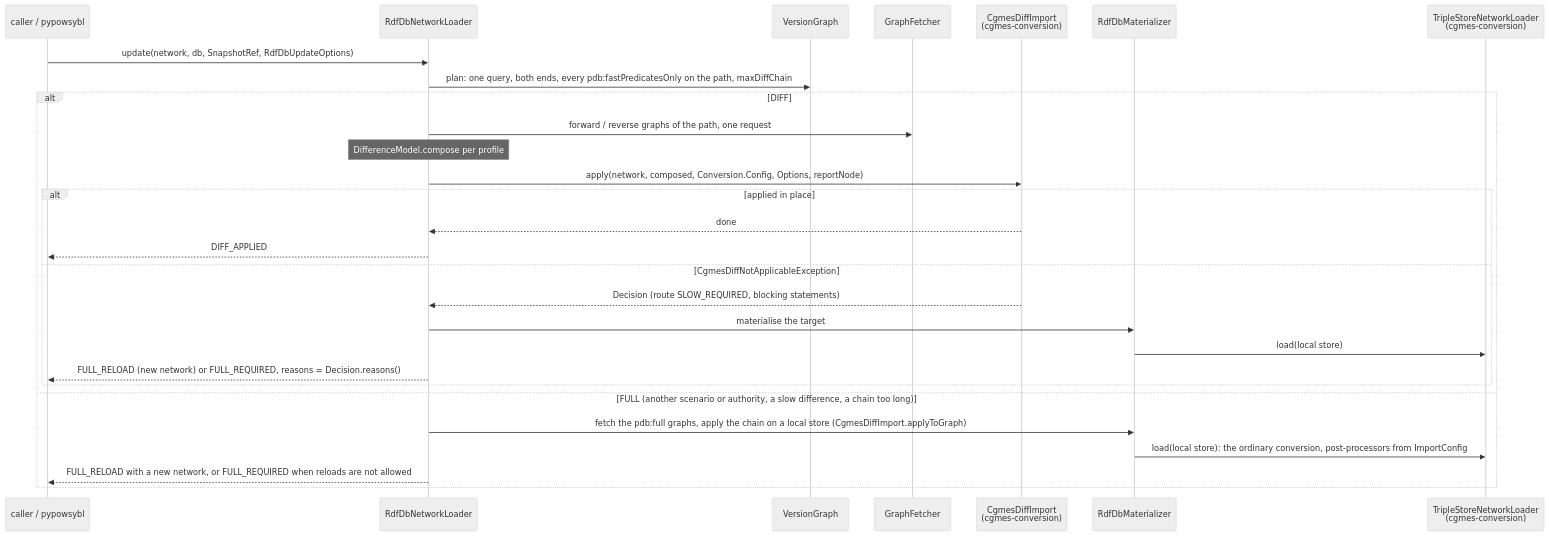
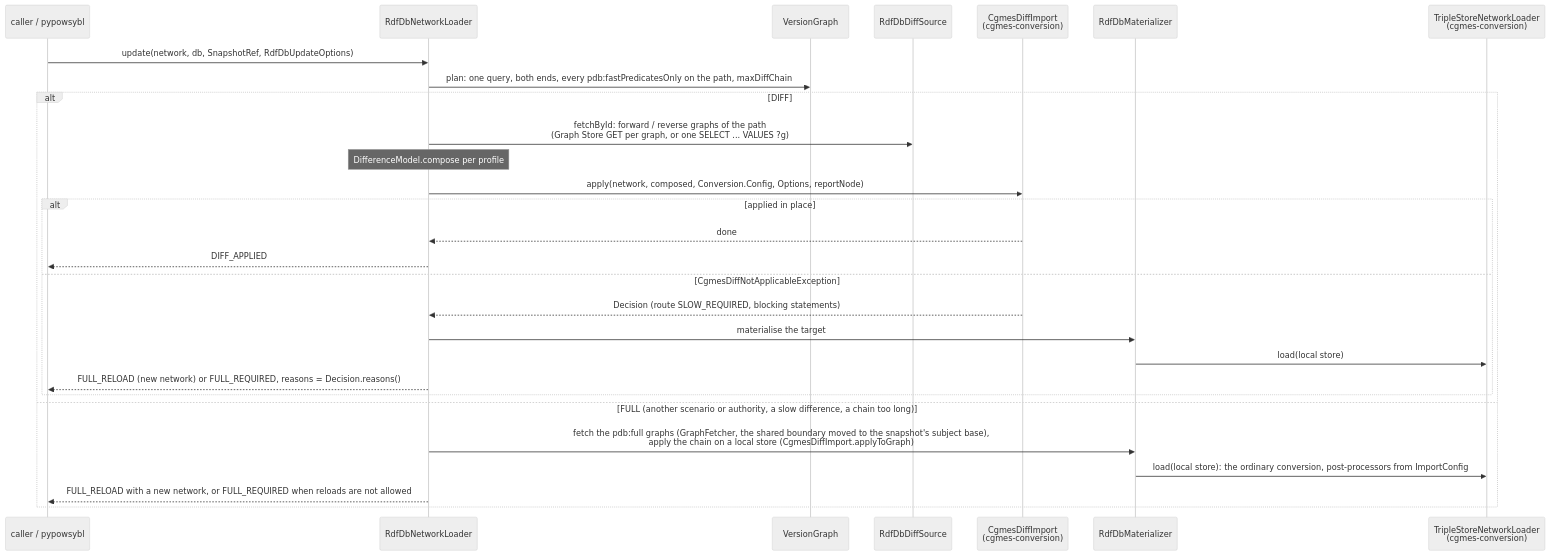
The third of 6 diagrams in docs/grid_exchange_formats/cgmes/rdf_database_integration.md (nicow-elia/powsybl-core), drawn with Mermaid (neutral theme) before and after one commit. The commit also changed other lines of this file and 3 other files, not shown here.

````diff
--- a/docs/grid_exchange_formats/cgmes/rdf_database_integration.md
+++ b/docs/grid_exchange_formats/cgmes/rdf_database_integration.md
@@ -81,30 +81,30 @@
 ```{mermaid}
 sequenceDiagram
     participant P as caller / pypowsybl
     participant L as RdfDbNetworkLoader
     participant V as VersionGraph
-    participant G as GraphFetcher
+    participant G as RdfDbDiffSource
     participant I as CgmesDiffImport<br/>(cgmes-conversion)
     participant M as RdfDbMaterializer
     participant T as TripleStoreNetworkLoader<br/>(cgmes-conversion)
     P->>L: update(network, db, SnapshotRef, RdfDbUpdateOptions)
     L->>V: plan: one query, both ends, every pdb:fastPredicatesOnly on the path, maxDiffChain
     alt DIFF
-        L->>G: forward / reverse graphs of the path, one request
+        L->>G: fetchById: forward / reverse graphs of the path<br/>(Graph Store GET per graph, or one SELECT ... VALUES ?g)
         Note over L: DifferenceModel.compose per profile
         L->>I: apply(network, composed, Conversion.Config, Options, reportNode)
         alt applied in place
             I-->>L: done
             L-->>P: DIFF_APPLIED
         else CgmesDiffNotApplicableException
             I-->>L: Decision (route SLOW_REQUIRED, blocking statements)
             L->>M: materialise the target
             M->>T: load(local store)
             L-->>P: FULL_RELOAD (new network) or FULL_REQUIRED, reasons = Decision.reasons()
         end
     else FULL (another scenario or authority, a slow difference, a chain too long)
-        L->>M: fetch the pdb:full graphs, apply the chain on a local store (CgmesDiffImport.applyToGraph)
+        L->>M: fetch the pdb:full graphs (GraphFetcher, the shared boundary moved to the snapshot's subject base),<br/>apply the chain on a local store (CgmesDiffImport.applyToGraph)
         M->>T: load(local store): the ordinary conversion, post-processors from ImportConfig
         L-->>P: FULL_RELOAD with a new network, or FULL_REQUIRED when reloads are not allowed
     end
 ```
````
